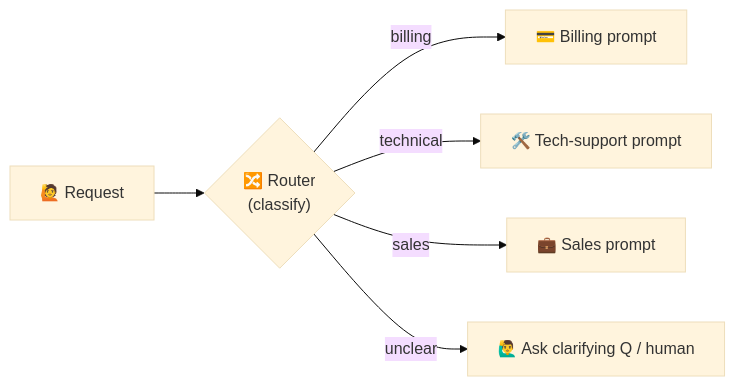
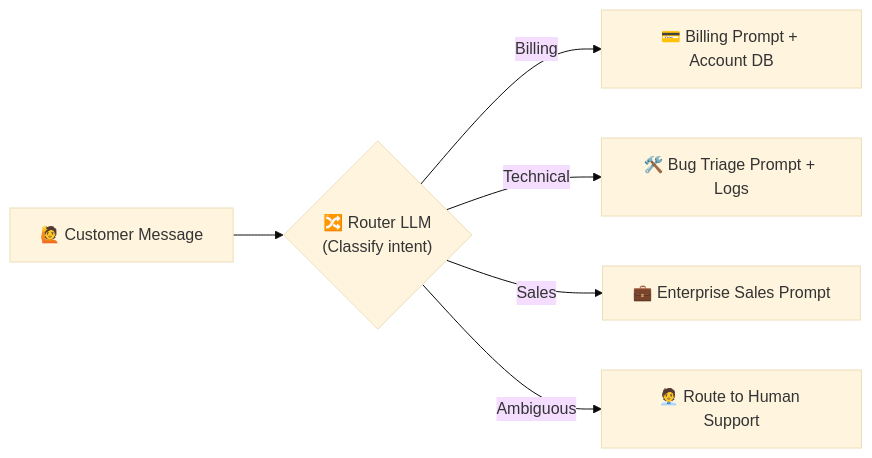
Before and after one commit to ABVicky/Prompt-Engineering-by-Vicky: the second of 6 diagrams in modules/08-prompt-chaining-workflows.md, drawn with Mermaid (base theme). The commit also changed other lines of this file and 19 other files, not shown here.

````diff
--- a/modules/08-prompt-chaining-workflows.md
+++ b/modules/08-prompt-chaining-workflows.md
@@ -65,8 +107,8 @@
 ```mermaid
 flowchart LR
-    U["🙋 Request"] --> R{"🔀 Router<br/>(classify)"}
-    R -->|billing| B["💳 Billing prompt"]
-    R -->|technical| T["🛠️ Tech-support prompt"]
-    R -->|sales| S["💼 Sales prompt"]
-    R -->|unclear| H["🙋‍♂️ Ask clarifying Q / human"]
+    U["🙋 Customer Message"] --> R{"🔀 Router LLM<br/>(Classify intent)"}
+    R -->|Billing| B["💳 Billing Prompt + Account DB"]
+    R -->|Technical| T["🛠️ Bug Triage Prompt + Logs"]
+    R -->|Sales| S["💼 Enterprise Sales Prompt"]
+    R -->|Ambiguous| H["🧑‍💼 Route to Human Support"]
 ```
````
